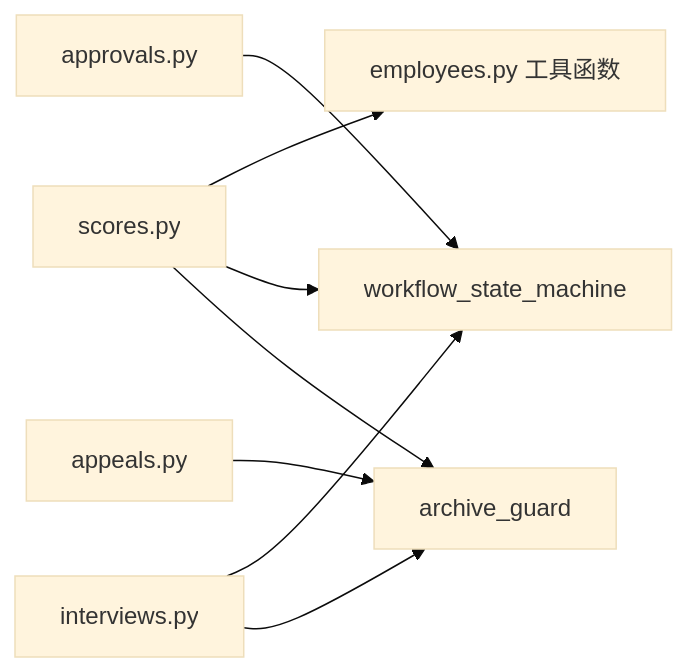
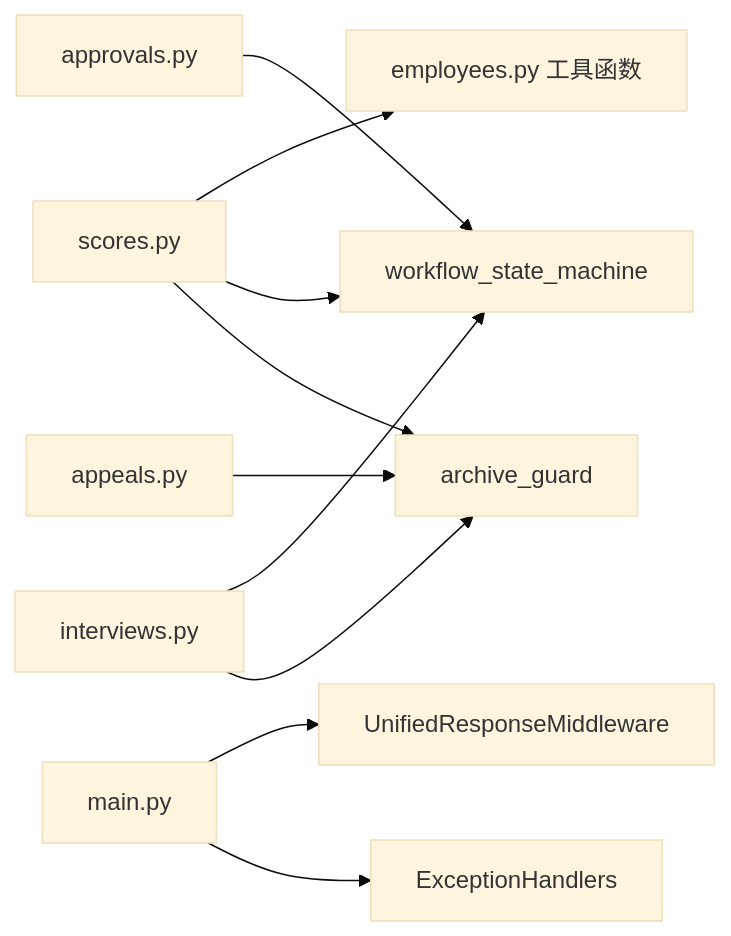
One commit to xgd561/performance_evaluation_system changed the fourth of 4 diagrams in .qoder/repowiki/zh/content/API参考文档/API参考文档.md. Above: the diagram before and after it, drawn with Mermaid (base theme). The commit also changed other lines of this file and 136 other files, not shown here.

````diff
--- a/.qoder/repowiki/zh/content/API参考文档/API参考文档.md
+++ b/.qoder/repowiki/zh/content/API参考文档/API参考文档.md
@@ -723,10 +748,12 @@
 ```mermaid
 graph LR
 Scores["scores.py"] --> EmpTools["employees.py 工具函数"]
 Approvals["approvals.py"] --> SM["workflow_state_machine"]
 Scores --> SM
 Interviews["interviews.py"] --> SM
 Appeals["appeals.py"] --> Guard["archive_guard"]
 Scores --> Guard
 Interviews --> Guard
+Main["main.py"] --> UR["UnifiedResponseMiddleware"]
+Main --> EH["ExceptionHandlers"]
 ```
````
